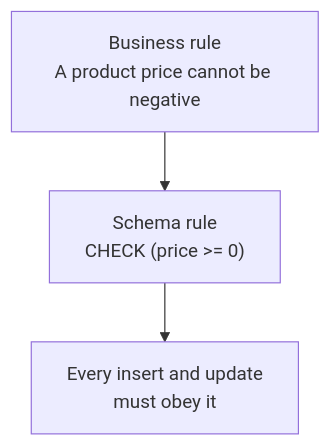
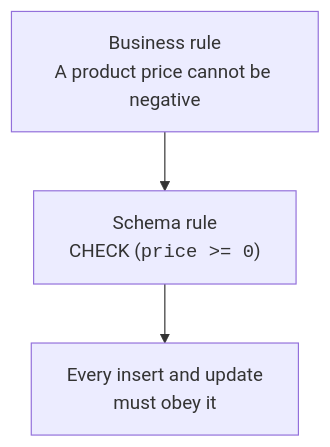
Before and after one commit to dataslope/dataslope: the second of 5 diagrams in content/learn/database-design-postgresql/check-constraints.mdx, drawn with Mermaid. The commit also changed 56 other files, not shown here.

````diff
--- a/content/learn/database-design-postgresql/check-constraints.mdx
+++ b/content/learn/database-design-postgresql/check-constraints.mdx
@@ -39,5 +39,5 @@
 ```mermaid
 flowchart TB
-    B["Business rule<br/>A product price cannot be negative"] --> S["Schema rule<br/>CHECK (price >= 0)"]
+    B["Business rule<br/>A product price cannot be negative"] --> S["Schema rule<br/>CHECK (<code>price &gt;= 0</code>)"]
     S --> E["Every insert and update<br/>must obey it"]
 ```
````
